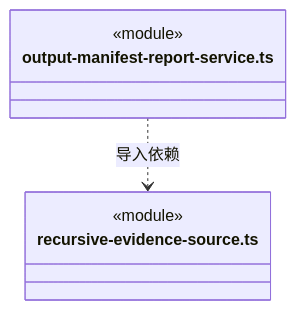
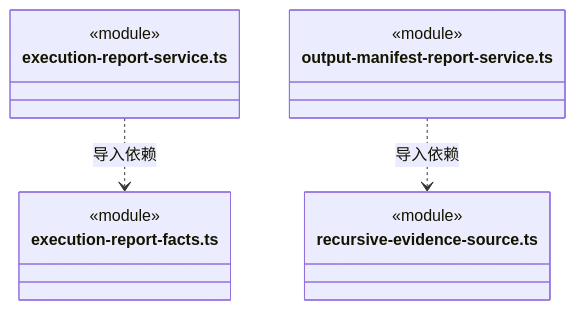
Before and after one commit to nan023062/cbim: diagram 20 of 20 in src/logic/evidence/runtime/ARCHITECTURE.md, drawn with Mermaid. The commit also changed other lines of this file and 22 other files, not shown here.

First line of the commit message:
fix(evidence): verify recursive execution reports without legacy tasks

````diff
--- a/src/logic/evidence/runtime/ARCHITECTURE.md
+++ b/src/logic/evidence/runtime/ARCHITECTURE.md
@@ -437,10 +443,17 @@
 ```mermaid
 classDiagram
+class N_src_logic_evidence_runtime_execution_report_service_ts["execution-report-service.ts"] {
+  <<module>>
+}
+class N_src_logic_evidence_runtime_execution_report_facts_ts["execution-report-facts.ts"] {
+  <<module>>
+}
 class N_src_logic_evidence_runtime_output_manifest_report_service_ts["output-manifest-report-service.ts"] {
   <<module>>
 }
 class N_src_logic_evidence_runtime_recursive_evidence_source_ts["recursive-evidence-source.ts"] {
   <<module>>
 }
+N_src_logic_evidence_runtime_execution_report_service_ts ..> N_src_logic_evidence_runtime_execution_report_facts_ts : 导入依赖
 N_src_logic_evidence_runtime_output_manifest_report_service_ts ..> N_src_logic_evidence_runtime_recursive_evidence_source_ts : 导入依赖
 ```
````
